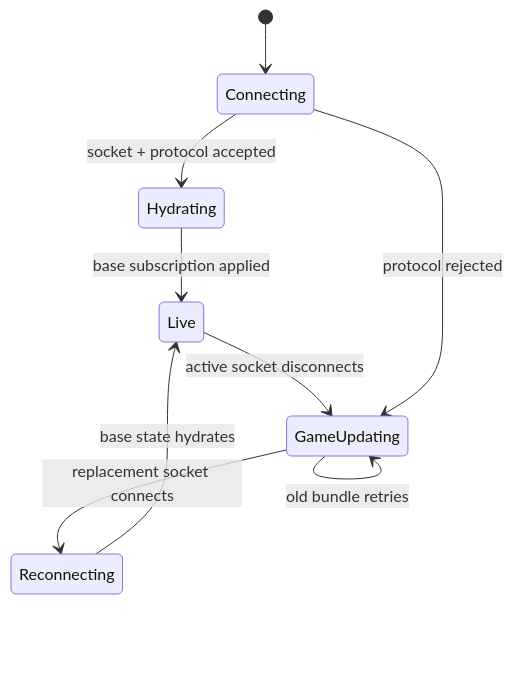
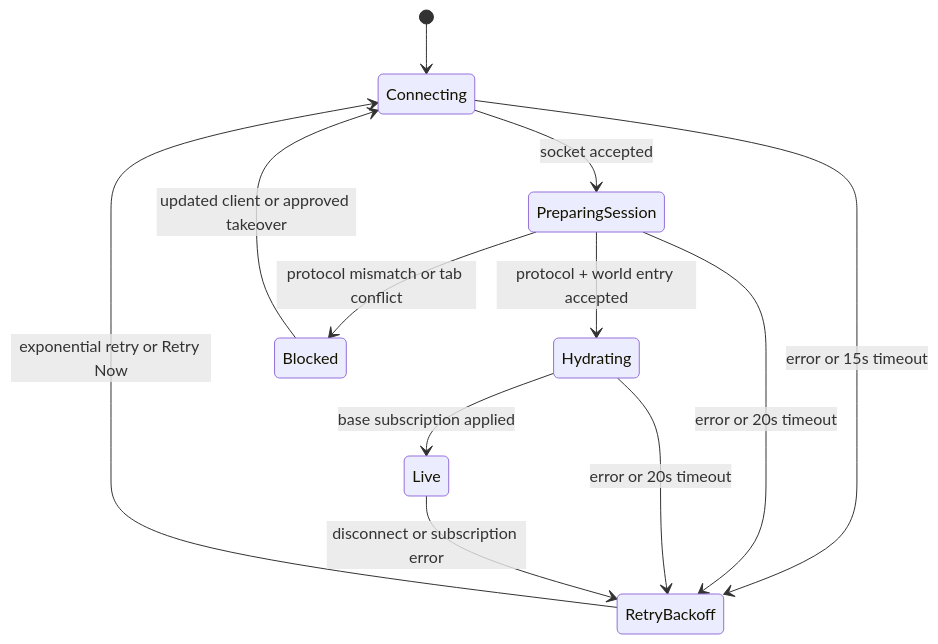
One commit to Tydoskus/wildwood changed the second of 4 diagrams in docs/realtime-data-flow.md. Above: the diagram before and after it, drawn with Mermaid. The commit also changed other lines of this file and 30 other files, not shown here.

````diff
--- a/docs/realtime-data-flow.md
+++ b/docs/realtime-data-flow.md
@@ -61,11 +61,14 @@
 ```mermaid
 stateDiagram-v2
   [*] --> Connecting
-  Connecting --> Hydrating: socket + protocol accepted
+  Connecting --> PreparingSession: socket accepted
+  PreparingSession --> Hydrating: protocol + world entry accepted
   Hydrating --> Live: base subscription applied
-  Live --> GameUpdating: active socket disconnects
-  GameUpdating --> Reconnecting: replacement socket connects
-  Reconnecting --> Live: base state hydrates
-  Connecting --> GameUpdating: protocol rejected
-  GameUpdating --> GameUpdating: old bundle retries
+  Connecting --> RetryBackoff: error or 15s timeout
+  PreparingSession --> RetryBackoff: error or 20s timeout
+  Hydrating --> RetryBackoff: error or 20s timeout
+  Live --> RetryBackoff: disconnect or subscription error
+  RetryBackoff --> Connecting: exponential retry or Retry Now
+  PreparingSession --> Blocked: protocol mismatch or tab conflict
+  Blocked --> Connecting: updated client or approved takeover
 ```
````
